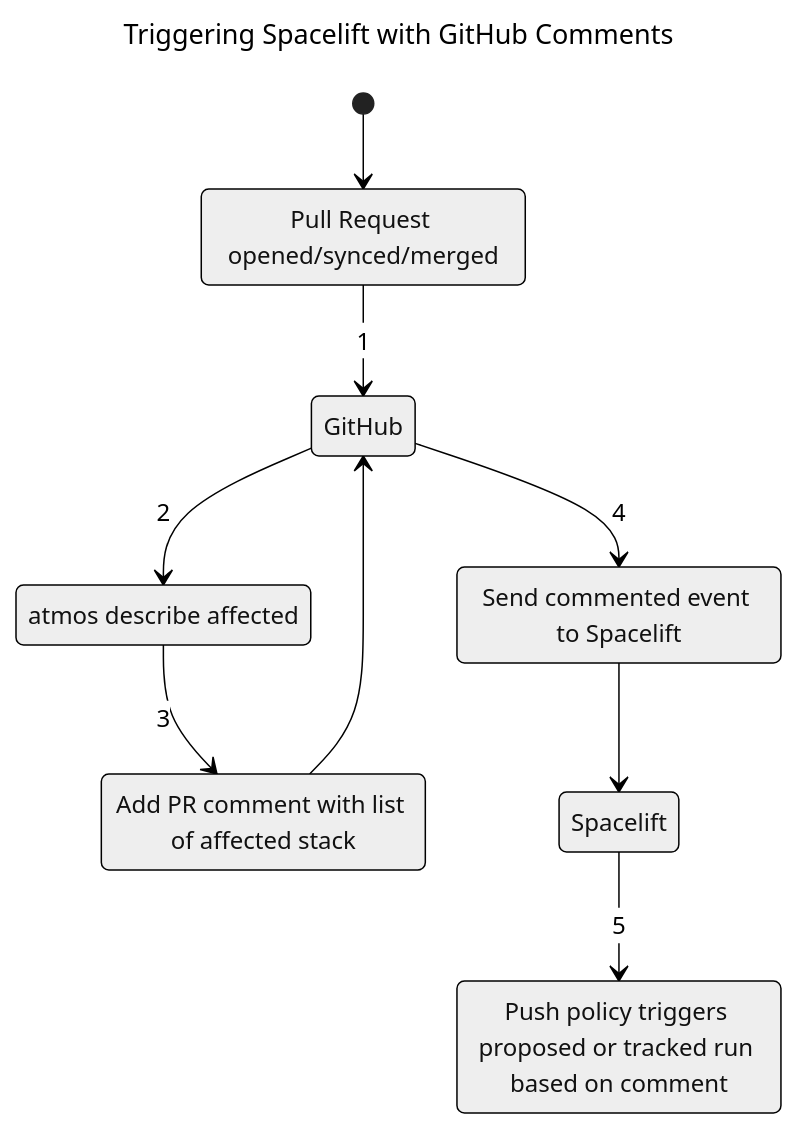
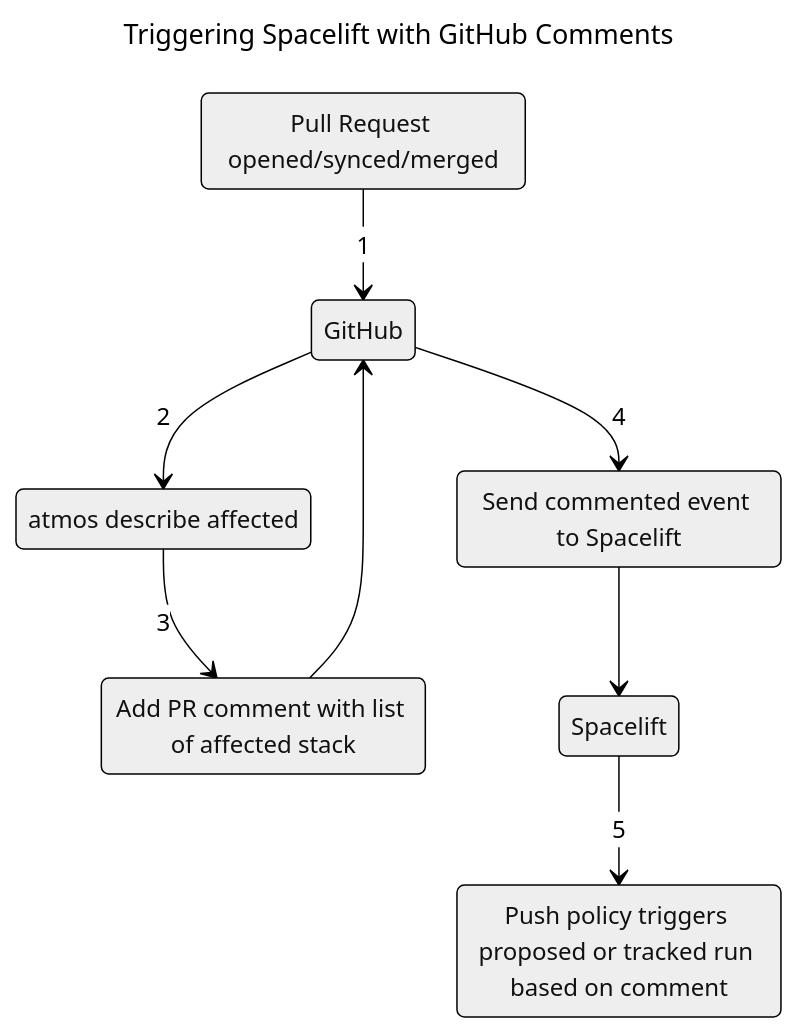
Before and after one commit to cloudposse/terraform-aws-components: the diagram in modules/spacelift/README.md, drawn with Mermaid (neutral theme).

Commit message:
added mermaid diagram

````diff
--- a/modules/spacelift/README.md
+++ b/modules/spacelift/README.md
@@ -220,22 +220,21 @@
 ```mermaid
 ---
 title: Triggering Spacelift with GitHub Comments
 ---
 stateDiagram-v2
-    [*] --> pr
     pr --> gh : 1
     gh --> affected : 2
     affected --> pr_comment : 3
     pr_comment --> gh
     gh --> comment : 4
     comment --> spacelift
     spacelift --> trigger : 5
 
     state "Pull Request opened/synced/merged" as pr
     state "GitHub" as gh
     state "atmos describe affected" as affected
     state "Add PR comment with list of affected stack" as pr_comment
     state "Send commented event to Spacelift" as comment
     state "Spacelift" as spacelift
     state "Push policy triggers proposed or tracked run based on comment" as trigger
 ```
````
